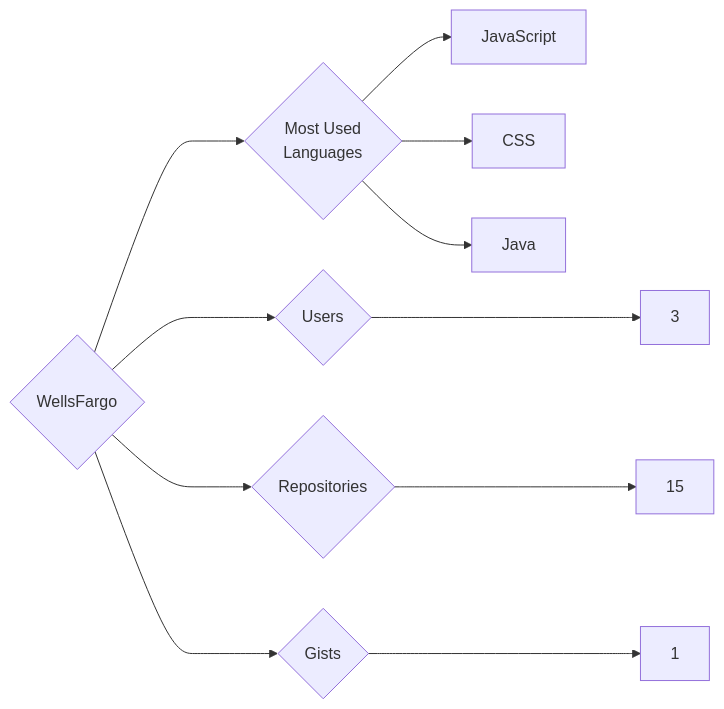
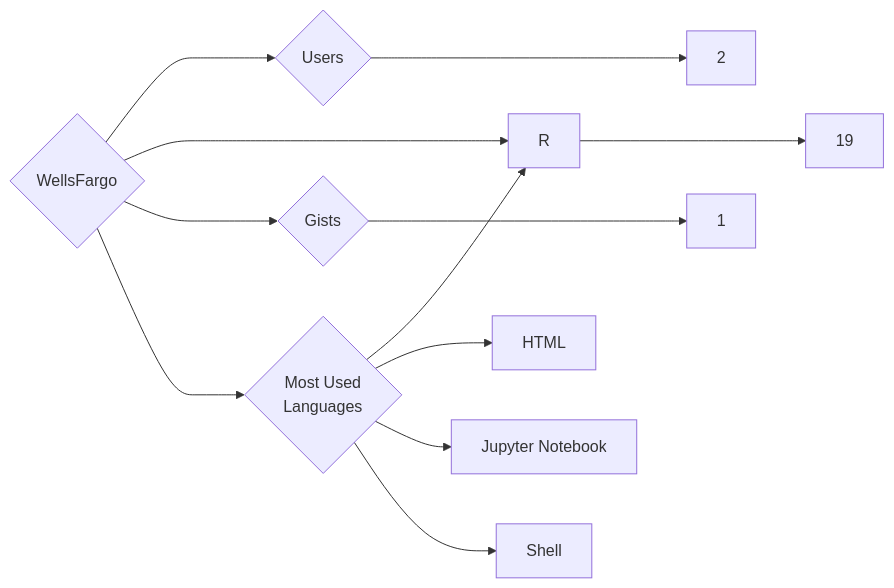
One commit to trickest/insiders changed the diagram in targets/WellsFargo/README.md. Above: the diagram before and after it, drawn with Mermaid. The commit also changed 898 other files, not shown here.

````diff
--- a/targets/WellsFargo/README.md
+++ b/targets/WellsFargo/README.md
@@ -3,11 +3,12 @@
 ```mermaid
 graph LR
 COMPANY_NAME{WellsFargo}
-COMPANY_NAME ---> U{Users} ---> UN[3]
-COMPANY_NAME ---> R{Repositories} ---> RN[15]
+COMPANY_NAME ---> U{Users} ---> UN[2]
+COMPANY_NAME ---> R{Repositories} ---> RN[19]
 COMPANY_NAME ---> G{Gists} ---> GN[1]
 COMPANY_NAME ---> ML{Most Used<br>Languages}
-ML --> JavaScript[JavaScript]
-ML --> CSS[CSS]
-ML --> Java[Java]
+ML --> R[R]
+ML --> HTML[HTML]
+ML --> Jupyter_Notebook[Jupyter Notebook]
+ML --> Shell[Shell]
 ```
````
